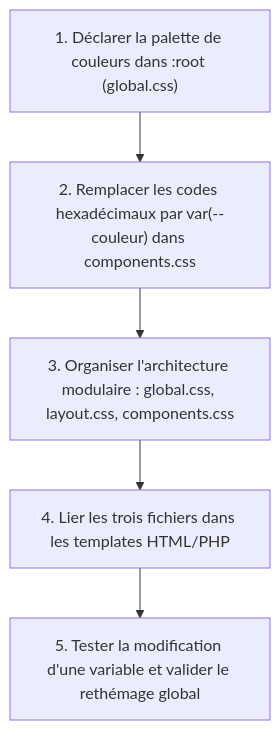
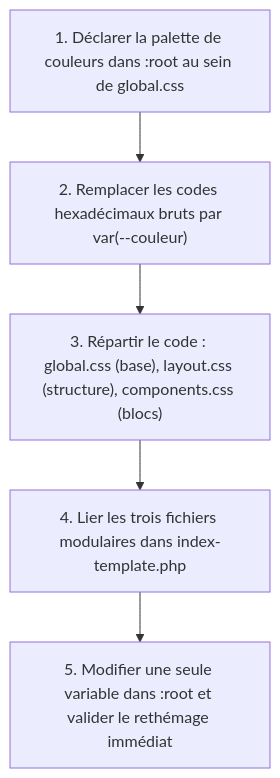
The diagram in _tutos/D.122.2-css/UA.122.24/T.122.243/centraliser-charte-graphique-variables-css.md (solicode-web-mobile/autoformations-web), drawn with Mermaid before and after one commit. The commit also changed other lines of this file and 39 other files, not shown here.

````diff
--- a/_tutos/D.122.2-css/UA.122.24/T.122.243/centraliser-charte-graphique-variables-css.md
+++ b/_tutos/D.122.2-css/UA.122.24/T.122.243/centraliser-charte-graphique-variables-css.md
@@ -27,7 +27,7 @@
 ```mermaid
 flowchart TD
-    A["1. Déclarer la palette de couleurs dans :root (global.css)"] --> B["2. Remplacer les codes hexadécimaux par var(--couleur) dans components.css"]
-    B --> C["3. Organiser l'architecture modulaire : global.css, layout.css, components.css"]
-    C --> D["4. Lier les trois fichiers dans les templates HTML/PHP"]
-    D --> E["5. Tester la modification d'une variable et valider le rethémage global"]
+    A["1. Déclarer la palette de couleurs dans :root au sein de global.css"] --> B["2. Remplacer les codes hexadécimaux bruts par var(--couleur)"]
+    B --> C["3. Répartir le code : global.css (base), layout.css (structure), components.css (blocs)"]
+    C --> D["4. Lier les trois fichiers modulaires dans index-template.php"]
+    D --> E["5. Modifier une seule variable dans :root et valider le rethémage immédiat"]
 ```
````
